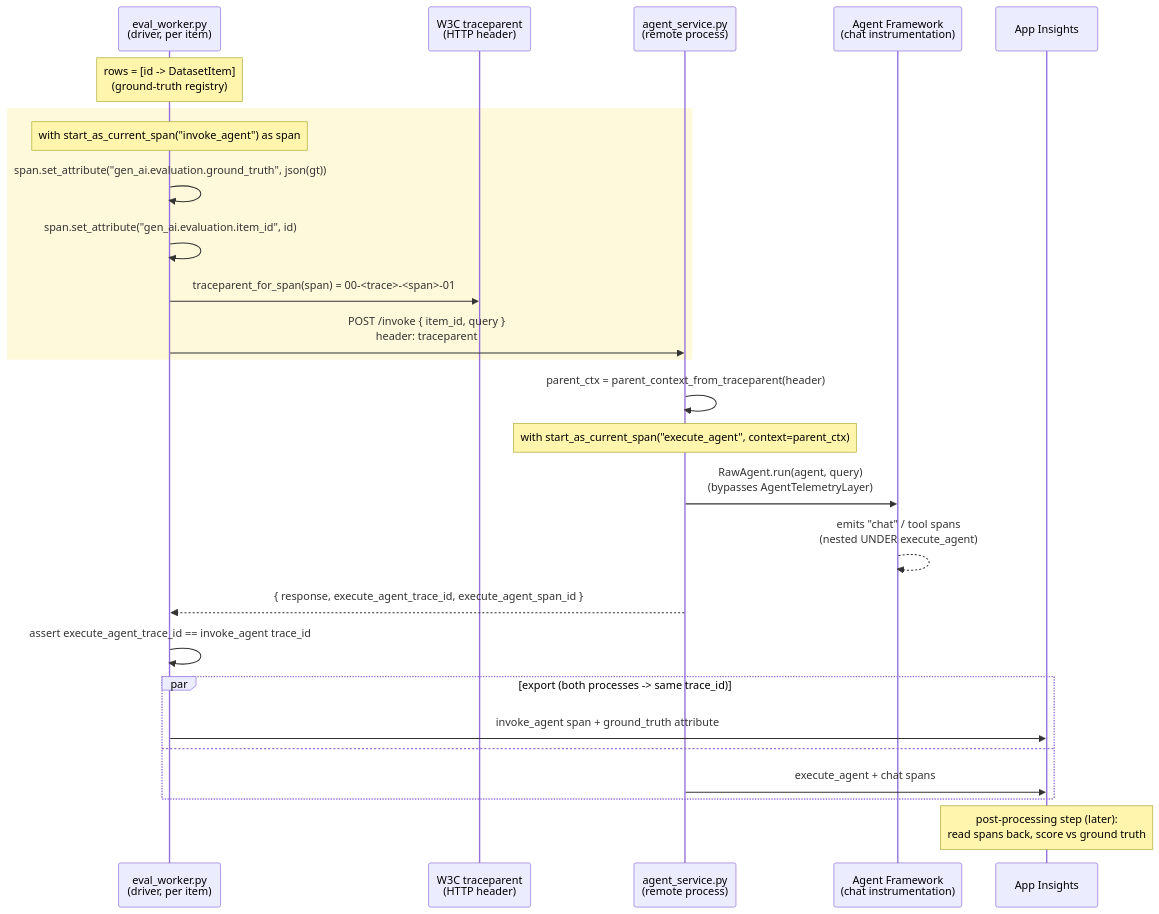
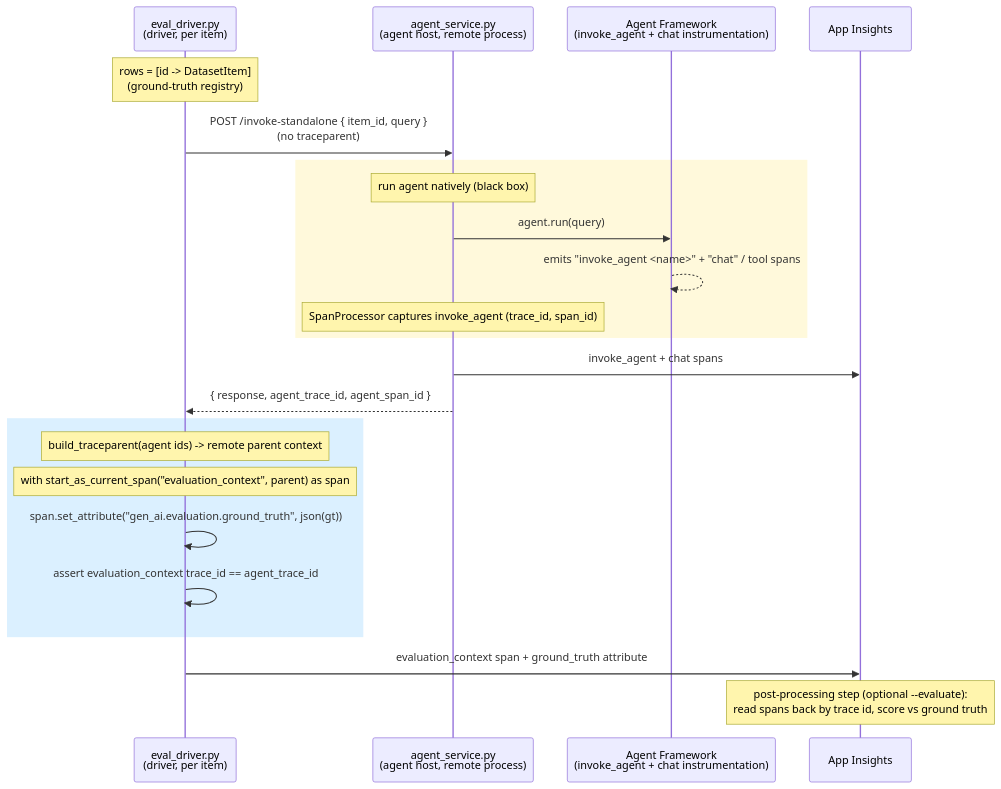
The diagram in README.md (kseager/cross-process-eval-context-poc), drawn with Mermaid before and after one commit. The commit also changed other lines of this file, not shown here.

````diff
--- a/README.md
+++ b/README.md
@@ -137,32 +143,30 @@
 ```mermaid
 sequenceDiagram
-    participant EW as eval_worker.py<br/>(driver, per item)
-    participant TP as W3C traceparent<br/>(HTTP header)
-    participant AS as agent_service.py<br/>(remote process)
-    participant AF as Agent Framework<br/>(chat instrumentation)
+    participant ED as eval_driver.py<br/>(driver, per item)
+    participant AS as agent_service.py<br/>(agent host, remote process)
+    participant AF as Agent Framework<br/>(invoke_agent + chat instrumentation)
     participant AI as App Insights
 
-    Note over EW: rows = [id -> DatasetItem]<br/>(ground-truth registry)
+    Note over ED: rows = [id -> DatasetItem]<br/>(ground-truth registry)
+
+    ED->>AS: POST /invoke-standalone { item_id, query }<br/>(no traceparent)
 
     rect rgb(255, 249, 219)
-    Note over EW: with start_as_current_span("invoke_agent") as span
-    EW->>EW: span.set_attribute("gen_ai.evaluation.ground_truth", json(gt))
-    EW->>EW: span.set_attribute("gen_ai.evaluation.item_id", id)
-    EW->>TP: traceparent_for_span(span) = 00-<trace>-<span>-01
-    EW->>AS: POST /invoke { item_id, query }<br/>header: traceparent
+    Note over AS: run agent natively (black box)
+    AS->>AF: agent.run(query)
+    AF-->>AF: emits "invoke_agent <name>" + "chat" / tool spans
+    Note over AS: SpanProcessor captures invoke_agent (trace_id, span_id)
     end
+    AS->>AI: invoke_agent + chat spans
+    AS-->>ED: { response, agent_trace_id, agent_span_id }
 
-    AS->>AS: parent_ctx = parent_context_from_traceparent(header)
-    Note over AS: with start_as_current_span("execute_agent", context=parent_ctx)
-    AS->>AF: RawAgent.run(agent, query)<br/>(bypasses AgentTelemetryLayer)
-    AF-->>AF: emits "chat" / tool spans<br/>(nested UNDER execute_agent)
-    AS-->>EW: { response, execute_agent_trace_id, execute_agent_span_id }
-    EW->>EW: assert execute_agent_trace_id == invoke_agent trace_id
+    rect rgb(219, 240, 255)
+    Note over ED: build_traceparent(agent ids) -> remote parent context
+    Note over ED: with start_as_current_span("evaluation_context", parent) as span
+    ED->>ED: span.set_attribute("gen_ai.evaluation.ground_truth", json(gt))
+    ED->>ED: assert evaluation_context trace_id == agent_trace_id
+    end
+    ED->>AI: evaluation_context span + ground_truth attribute
 
-    par export (both processes -> same trace_id)
-        EW->>AI: invoke_agent span + ground_truth attribute
-    and
-        AS->>AI: execute_agent + chat spans
-    end
-    Note over AI: post-processing step (later):<br/>read spans back, score vs ground truth
+    Note over AI: post-processing step (optional --evaluate):<br/>read spans back by trace id, score vs ground truth
 ```
````
